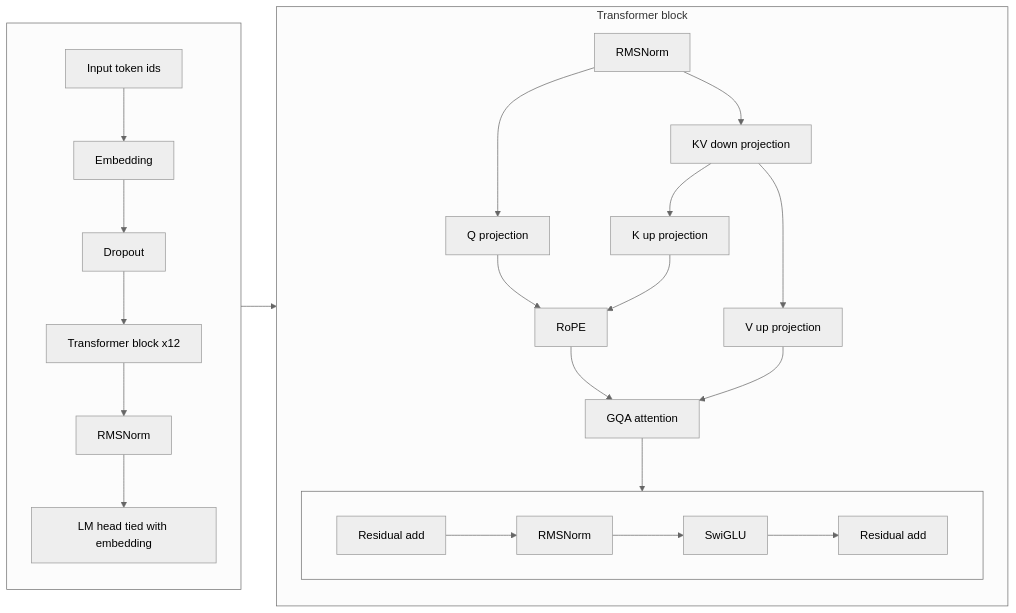
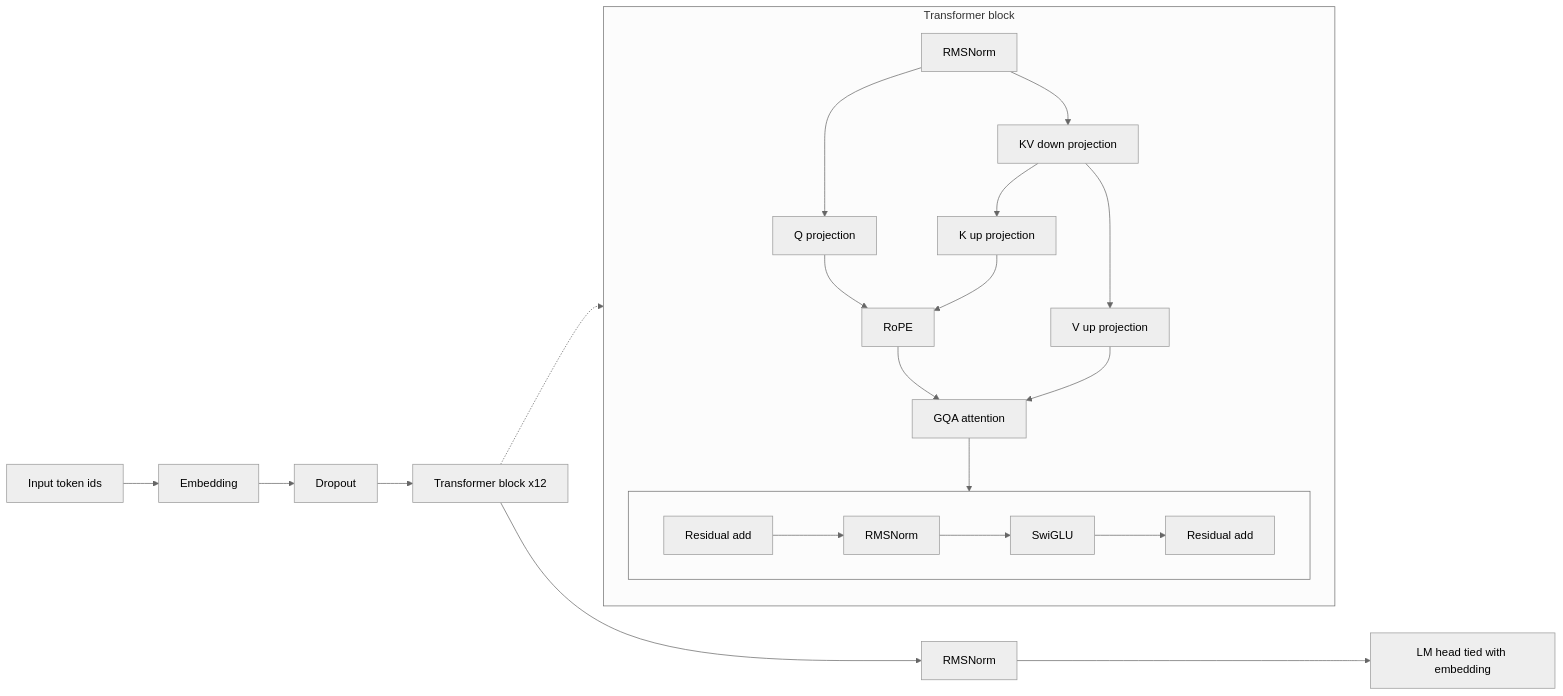
Before and after one commit to pymlex/poetru: the diagram in README.md, drawn with Mermaid (neutral theme).

````diff
--- a/README.md
+++ b/README.md
@@ -40,39 +40,33 @@
 ```mermaid
 flowchart LR
-    subgraph MainPipeline [ ]
-        direction TB
-        A[Input token ids] --> B[Embedding]
-        B --> C[Dropout]
-        C --> MainD[Transformer block x12]
-        MainD --> E[RMSNorm]
-        E --> F[LM head tied with embedding]
-    end
+    A[Input token ids] --> B[Embedding] --> C[Dropout] --> MainD[Transformer block x12] --> E[RMSNorm] --> F[LM head tied with embedding]
 
-    MainD --> D
+    MainD -.-> D
 
     subgraph D[Transformer block]
         direction TB
         D1[RMSNorm]
         D2[Q projection]
         D3[KV down projection]
         D4[K up projection]
         D5[V up projection]
         D6[RoPE]
         D7[GQA attention]
 
         subgraph Layers [ ]
             direction LR
             D8[Residual add] --> D9[RMSNorm] --> D10[SwiGLU] --> D11[Residual add]
         end
 
         D1 --> D2
         D1 --> D3
         D3 --> D4
         D3 --> D5
         D2 --> D6
         D4 --> D6
         D6 --> D7
         D5 --> D7
         D7 --> D8
     end
+
 ```
````
